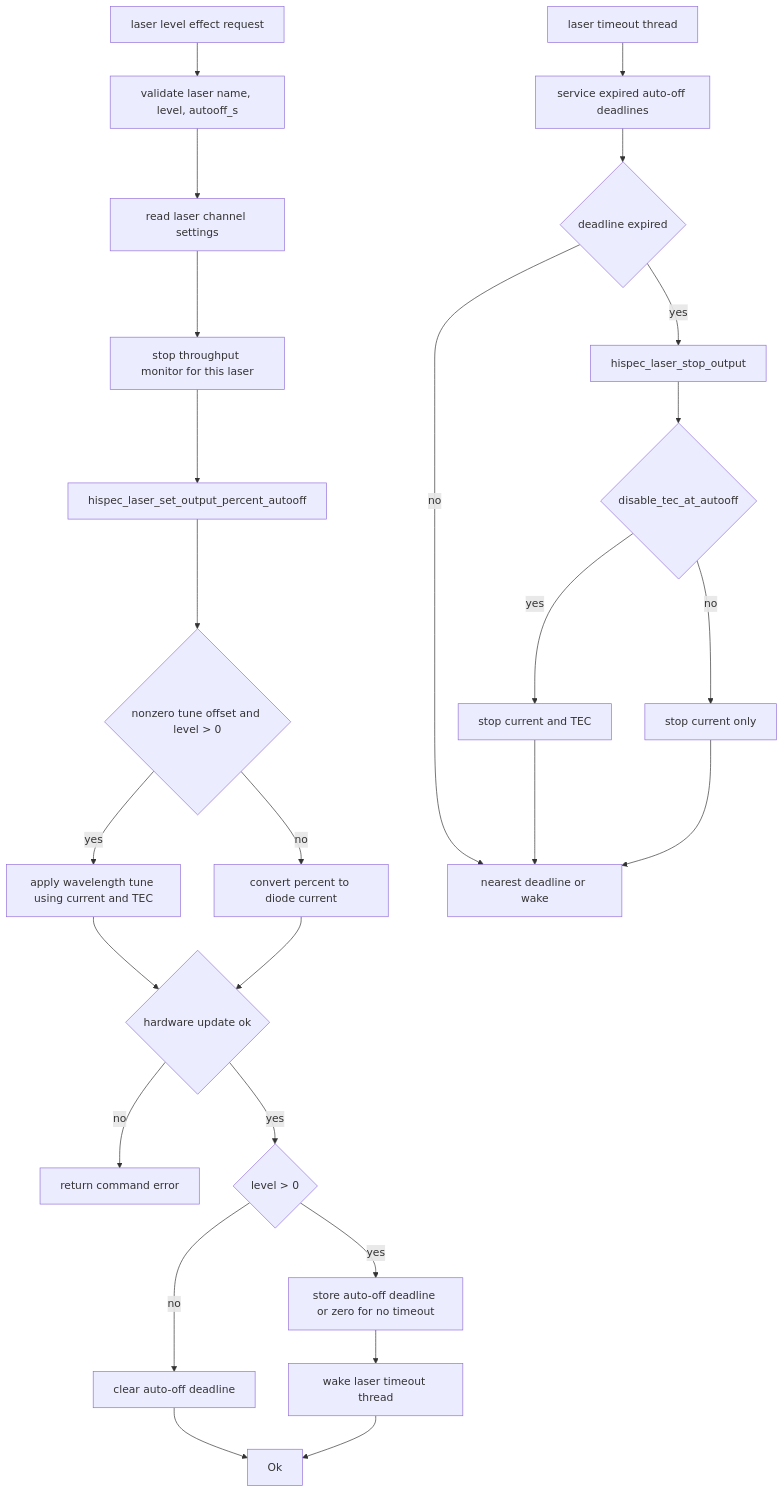
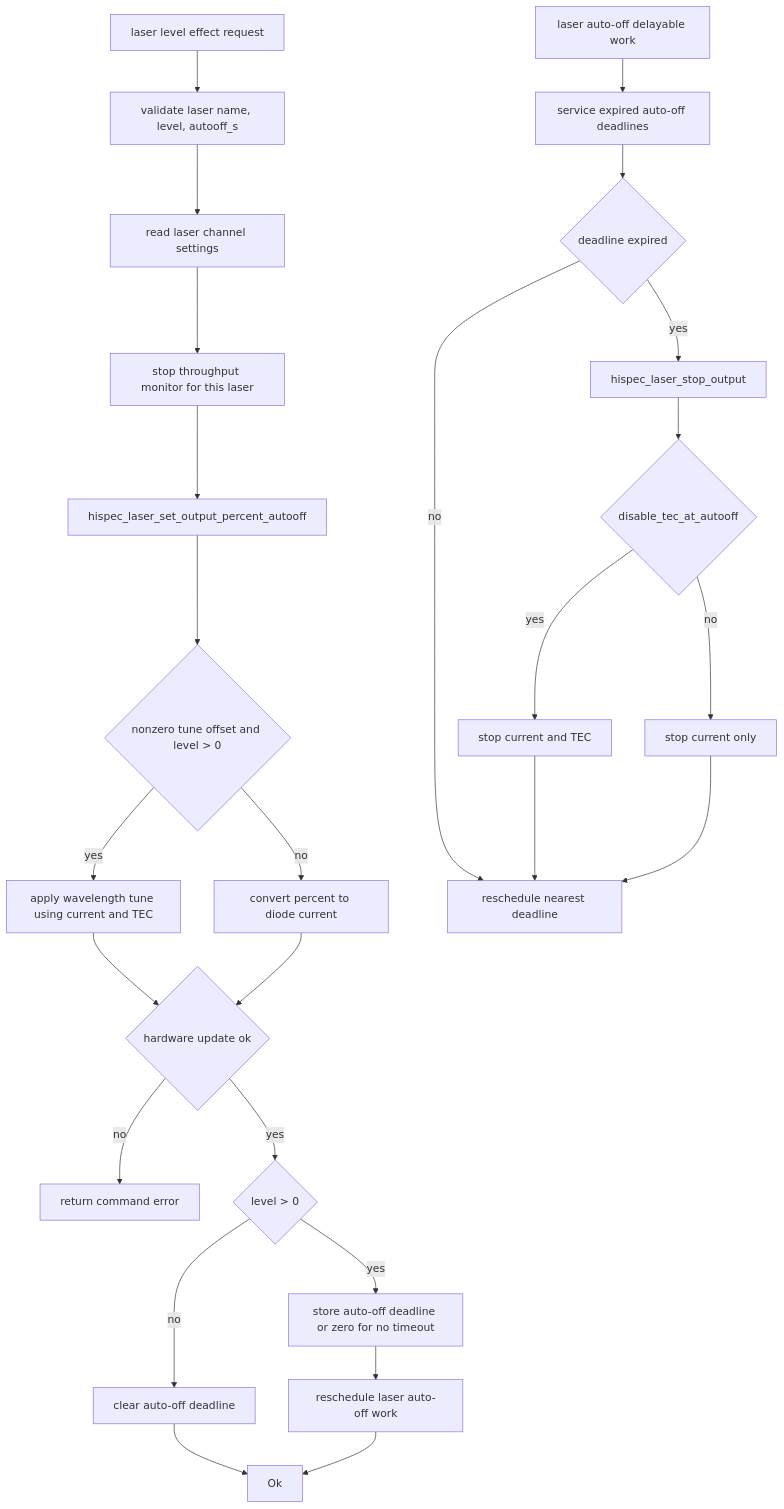
Before and after one commit to COO-Utilities/hispec-tib: diagram 21 of 22 in doc/diagrams.md, drawn with Mermaid. The commit also changed 6 other files, not shown here.

Commit message:
Use delayable work for laser autooff

````diff
--- a/doc/diagrams.md
+++ b/doc/diagrams.md
@@ -449,29 +449,29 @@
 ```mermaid
 flowchart TD
   Request[laser level effect request] --> Parse[validate laser name, level, autooff_s]
   Parse --> Settings[read laser channel settings]
   Settings --> StopTP[stop throughput monitor for this laser]
   StopTP --> SetOutput[hispec_laser_set_output_percent_autooff]
   SetOutput --> Tuned{nonzero tune offset and level > 0}
   Tuned -- yes --> Tune[apply wavelength tune using current and TEC]
   Tuned -- no --> Percent[convert percent to diode current]
   Tune --> Applied{hardware update ok}
   Percent --> Applied
   Applied -- no --> Error[return command error]
   Applied -- yes --> LevelPositive{level > 0}
   LevelPositive -- yes --> Deadline[store auto-off deadline or zero for no timeout]
   LevelPositive -- no --> Clear[clear auto-off deadline]
-  Deadline --> WakeTimeout[wake laser timeout thread]
+  Deadline --> ScheduleTimeout[reschedule laser auto-off work]
   Clear --> Ok
-  WakeTimeout --> Ok
+  ScheduleTimeout --> Ok
 
-  TimeoutActor[laser timeout thread] --> Service[service expired auto-off deadlines]
+  TimeoutActor[laser auto-off delayable work] --> Service[service expired auto-off deadlines]
   Service --> Expired{deadline expired}
-  Expired -- no --> Wait[nearest deadline or wake]
+  Expired -- no --> Wait[reschedule nearest deadline]
   Expired -- yes --> StopOutput[hispec_laser_stop_output]
   StopOutput --> DisableTec{disable_tec_at_autooff}
   DisableTec -- yes --> TecOff[stop current and TEC]
   DisableTec -- no --> CurrentOff[stop current only]
   TecOff --> Wait
   CurrentOff --> Wait
 ```
````
